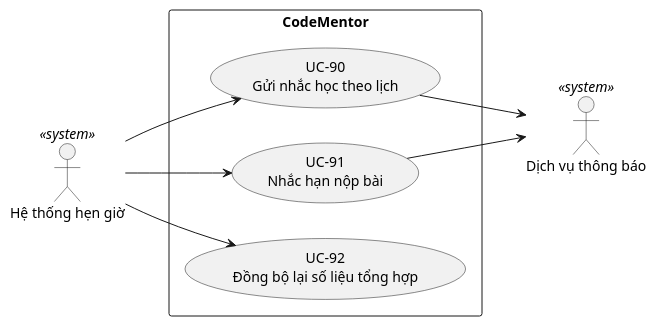
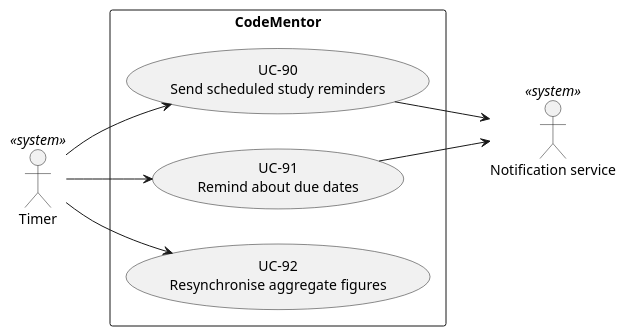
Before and after one commit to codementor-official/codementor-infra: the tenth of 10 diagrams in docs/07-use-case-model.md, drawn with PlantUML. The commit also changed other lines of this file and 16 other files, not shown here.

First line of the commit message:
docs: English README, use-case docs and diagrams

````diff
--- a/docs/07-use-case-model.md
+++ b/docs/07-use-case-model.md
@@ -595,20 +600,20 @@
 ```plantuml
 @startuml p9-scheduled
 left to right direction
-actor "Hệ thống hẹn giờ" as Timer <<system>>
+actor "Timer" as Timer <<system>>
 
 rectangle "CodeMentor" {
-  usecase "UC-90\nGửi nhắc học theo lịch" as UC90
-  usecase "UC-91\nNhắc hạn nộp bài" as UC91
-  usecase "UC-92\nĐồng bộ lại số liệu tổng hợp" as UC92
+  usecase "UC-90\nSend scheduled study reminders" as UC90
+  usecase "UC-91\nRemind about due dates" as UC91
+  usecase "UC-92\nResynchronise aggregate figures" as UC92
 }
 
-actor "Dịch vụ thông báo" as Notify <<system>>
+actor "Notification service" as Notify <<system>>
 
 Timer --> UC90
 Timer --> UC91
 Timer --> UC92
 UC90 --> Notify
 UC91 --> Notify
 @enduml
 ```
````
